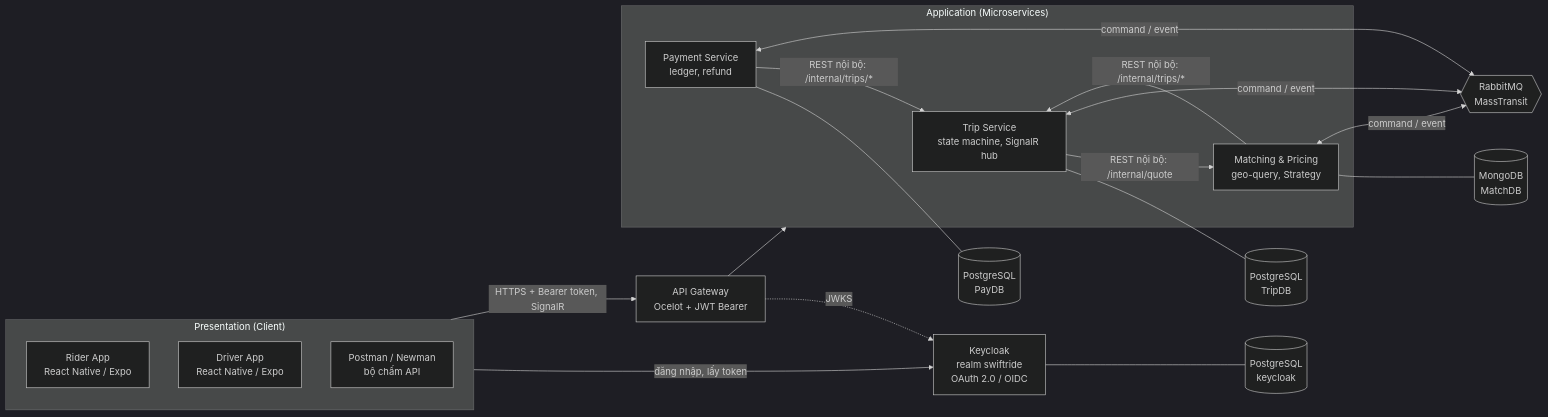
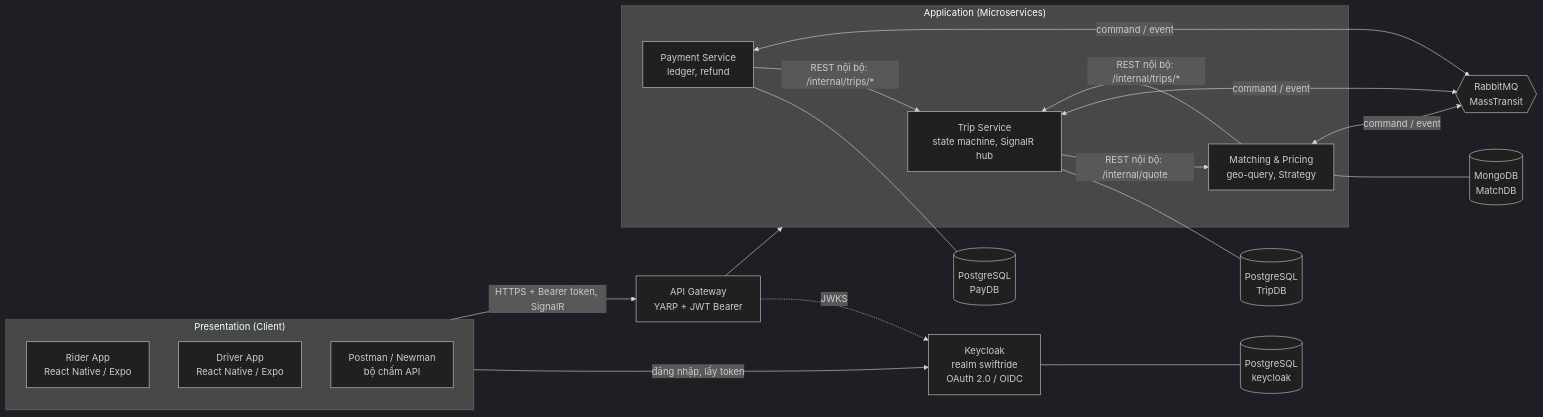
The first of 4 diagrams in docs/architecture-report.md (vhvkhangg/SwiftRide), drawn with Mermaid (dark theme) before and after one commit. The commit also changed other lines of this file and 11 other files, not shown here.

First line of the commit message:
feat(gateway): replace Ocelot with YARP

````diff
--- a/docs/architecture-report.md
+++ b/docs/architecture-report.md
@@ -106,38 +106,38 @@
 ```mermaid
 flowchart LR
     subgraph Clients["Presentation (Client)"]
         R["Rider App<br/>React Native / Expo"]
         D["Driver App<br/>React Native / Expo"]
         P["Postman / Newman<br/>bộ chấm API"]
     end
 
     KC["Keycloak<br/>realm swiftride<br/>OAuth 2.0 / OIDC"]
     KCDB[("PostgreSQL<br/>keycloak")]
 
-    GW["API Gateway<br/>Ocelot + JWT Bearer"]
+    GW["API Gateway<br/>YARP + JWT Bearer"]
 
     subgraph Services["Application (Microservices)"]
         T["Trip Service<br/>state machine, SignalR hub"]
         M["Matching & Pricing<br/>geo-query, Strategy"]
         PAY["Payment Service<br/>ledger, refund"]
     end
 
     TDB[("PostgreSQL<br/>TripDB")]
     MDB[("MongoDB<br/>MatchDB")]
     PDB[("PostgreSQL<br/>PayDB")]
     MQ{{"RabbitMQ<br/>MassTransit"}}
 
     Clients -- "đăng nhập, lấy token" --> KC
     KC --- KCDB
     Clients -- "HTTPS + Bearer token, SignalR" --> GW
     GW -. "JWKS" .-> KC
     GW --> Services
     T --- TDB
     M --- MDB
     PAY --- PDB
     T -- "REST nội bộ: /internal/quote" --> M
     M & PAY -- "REST nội bộ: /internal/trips/*" --> T
     T <-- "command / event" --> MQ
     M <-- "command / event" --> MQ
     PAY <-- "command / event" --> MQ
 ```
````
